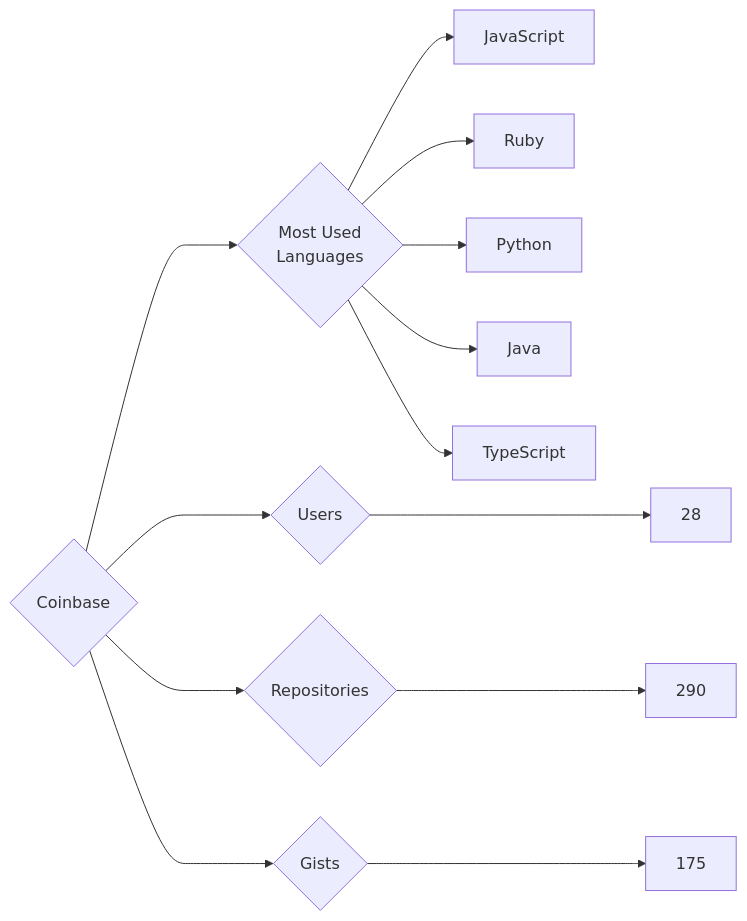
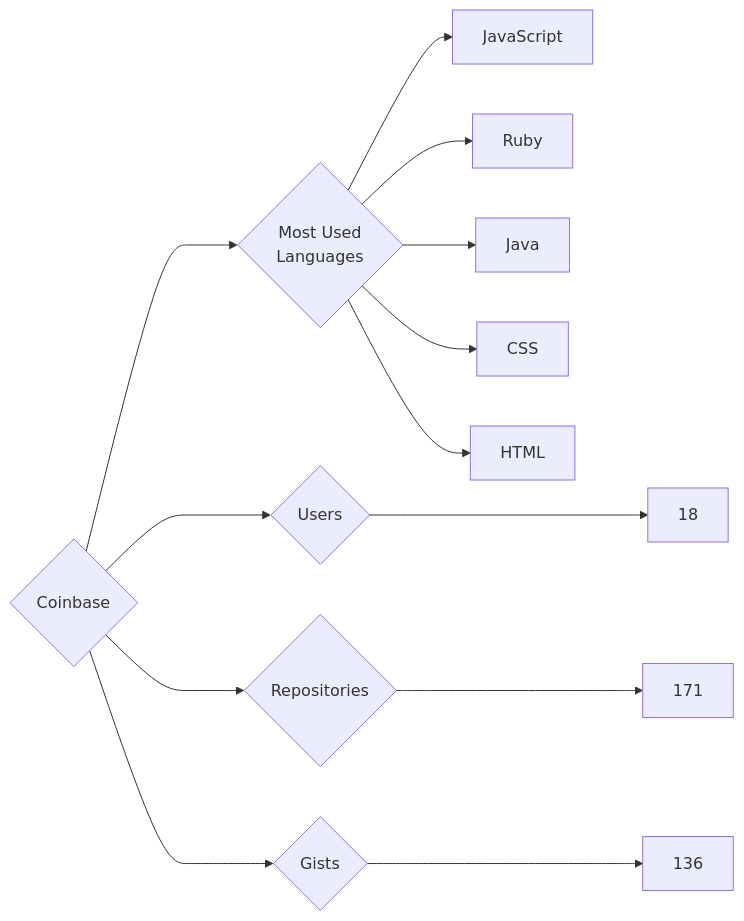
One commit to trickest/insiders changed the diagram in targets/Coinbase/README.md. Above: the diagram before and after it, drawn with Mermaid. The commit also changed 782 other files, not shown here.

````diff
--- a/targets/Coinbase/README.md
+++ b/targets/Coinbase/README.md
@@ -3,13 +3,13 @@
 ```mermaid
 graph LR
 COMPANY_NAME{Coinbase}
-COMPANY_NAME ---> U{Users} ---> UN[28]
-COMPANY_NAME ---> R{Repositories} ---> RN[290]
-COMPANY_NAME ---> G{Gists} ---> GN[175]
+COMPANY_NAME ---> U{Users} ---> UN[18]
+COMPANY_NAME ---> R{Repositories} ---> RN[171]
+COMPANY_NAME ---> G{Gists} ---> GN[136]
 COMPANY_NAME ---> ML{Most Used<br>Languages}
 ML --> JavaScript[JavaScript]
 ML --> Ruby[Ruby]
-ML --> Python[Python]
 ML --> Java[Java]
-ML --> TypeScript[TypeScript]
+ML --> CSS[CSS]
+ML --> HTML[HTML]
 ```
````
